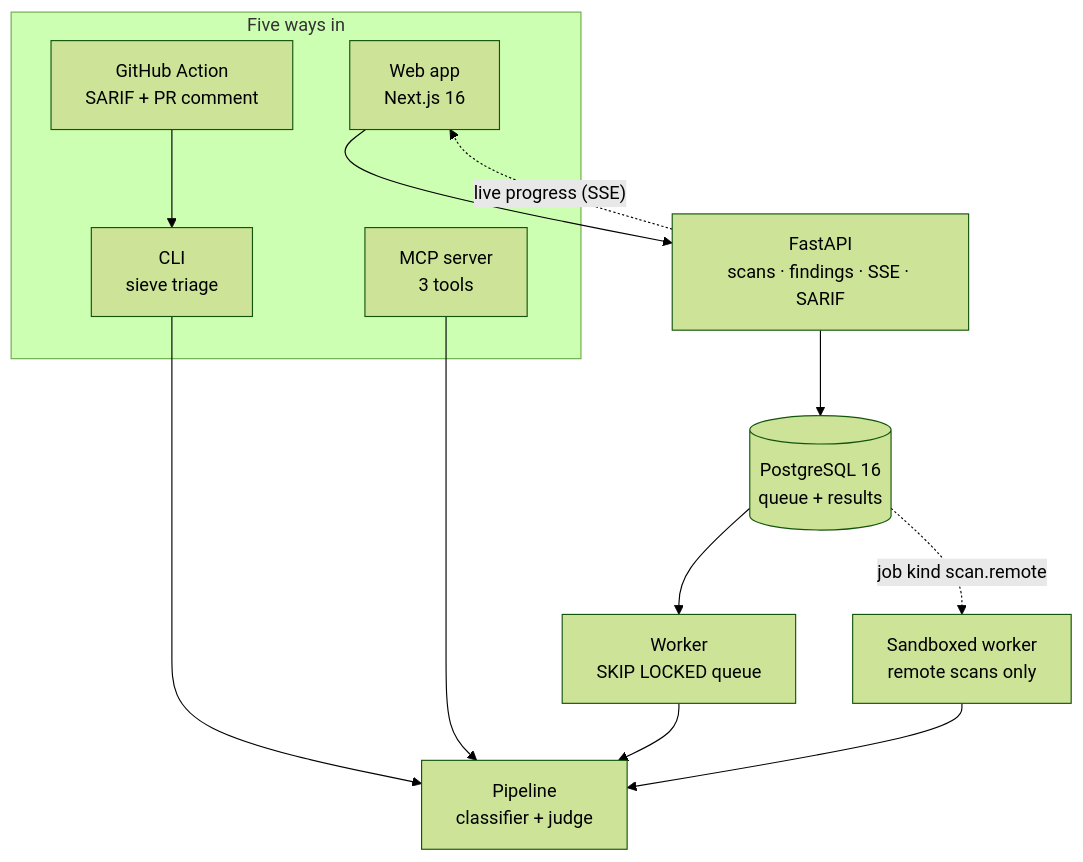
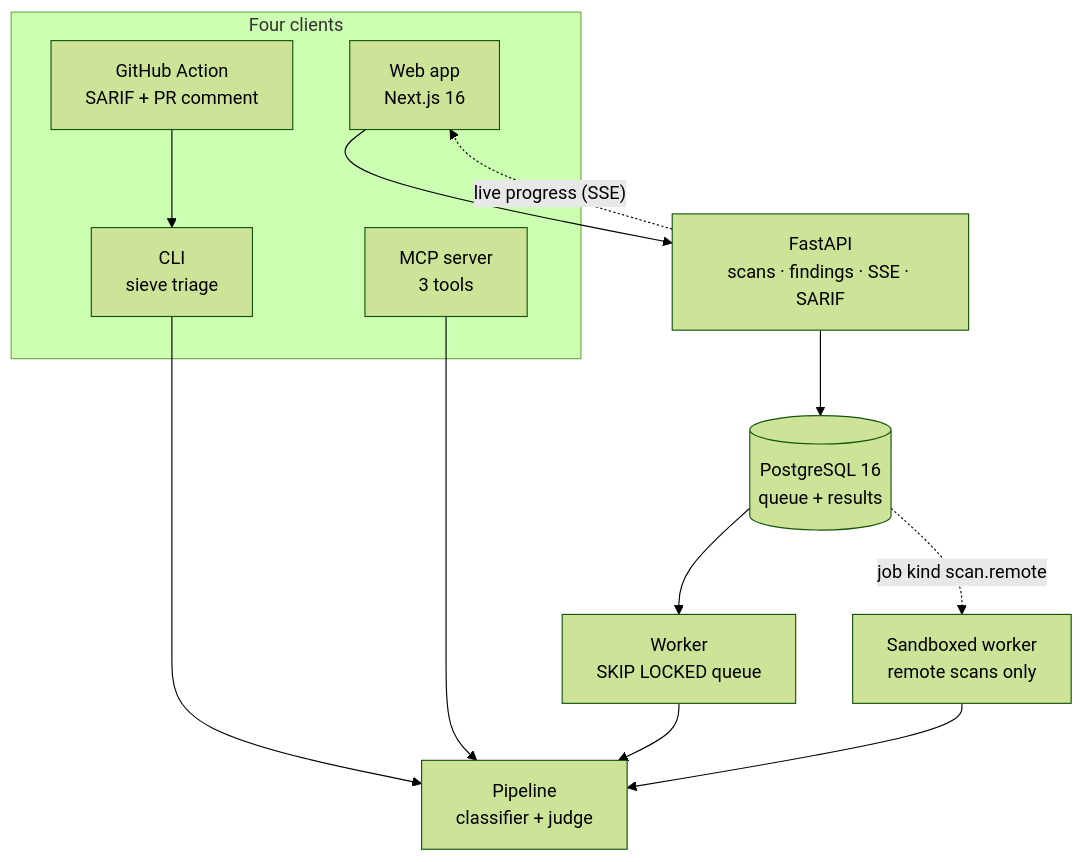
Before and after one commit to AdityaAg8/sieve: the second of 2 diagrams in README.md, drawn with Mermaid (forest theme). The commit also changed other lines of this file and 38 other files, not shown here.

````diff
--- a/README.md
+++ b/README.md
@@ -181,25 +226,25 @@
 ```mermaid
 flowchart TB
-    subgraph clients["Five ways in"]
+    subgraph clients["Four clients"]
         CLI["CLI<br/>sieve triage"]
         GHA["GitHub Action<br/>SARIF + PR comment"]
         MCPS["MCP server<br/>3 tools"]
         WEB["Web app<br/>Next.js 16"]
     end
     API["FastAPI<br/>scans · findings · SSE · SARIF"]
     DB[("PostgreSQL 16<br/>queue + results")]
     W["Worker<br/>SKIP LOCKED queue"]
     SB["Sandboxed worker<br/>remote scans only"]
     P["Pipeline<br/>classifier + judge"]
 
     CLI --> P
     MCPS --> P
     GHA --> CLI
     WEB --> API
     API --> DB
     DB --> W
     W --> P
     DB -. "job kind scan.remote" .-> SB
     SB --> P
     API -. "live progress (SSE)" .-> WEB
 ```
````
